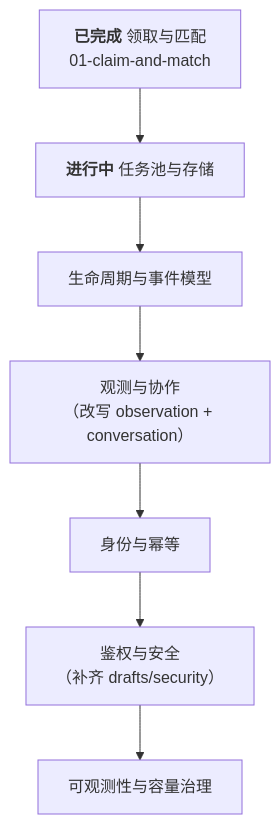
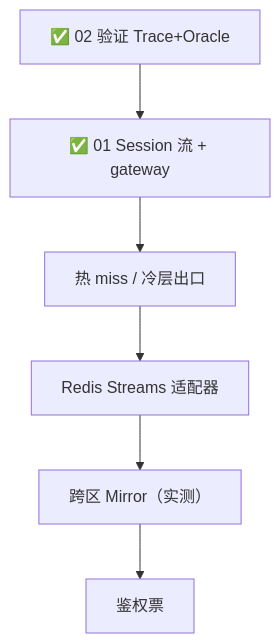
The diagram in docs/design/README.md (charleslyh/nova-chat), drawn with Mermaid before and after one commit. The commit also changed other lines of this file and 137 other files, not shown here.

Commit message:
feat(sessions): reshape product around session-stream gateway with verification-first rails test: add L0–L2 harness, Trace/Oracle scenarios, and just verify/coverage/unittest docs: realign requirements, architecture, and plans to D19 scope

````diff
--- a/docs/design/README.md
+++ b/docs/design/README.md
@@ -44,11 +37,10 @@
 ```mermaid
-%%{init: {"flowchart": {"curve": "basis", "rankSpacing": 55, "nodeSpacing": 26}}}%%
+%%{init: {"flowchart": {"curve": "basis", "rankSpacing": 55}}}%%
 flowchart TB
-    S1["<b>已完成</b> 领取与匹配<br/>01-claim-and-match"] --> S2
-    S2["<b>进行中</b> 任务池与存储"] --> S3
-    S3["生命周期与事件模型"] --> S4
-    S4["观测与协作<br/>（改写 observation + conversation）"] --> S5
-    S5["身份与幂等"] --> S6
-    S6["鉴权与安全<br/>（补齐 drafts/security）"] --> S7
-    S7["可观测性与容量治理"]
+    S0["✅ 02 验证 Trace+Oracle"] --> S1
+    S1["✅ 01 Session 流 + gateway"] --> S2
+    S2["热 miss / 冷层出口"] --> S3
+    S3["Redis Streams 适配器"] --> S4
+    S4["跨区 Mirror（实测）"] --> S5
+    S5["鉴权票"]
 ```
````
